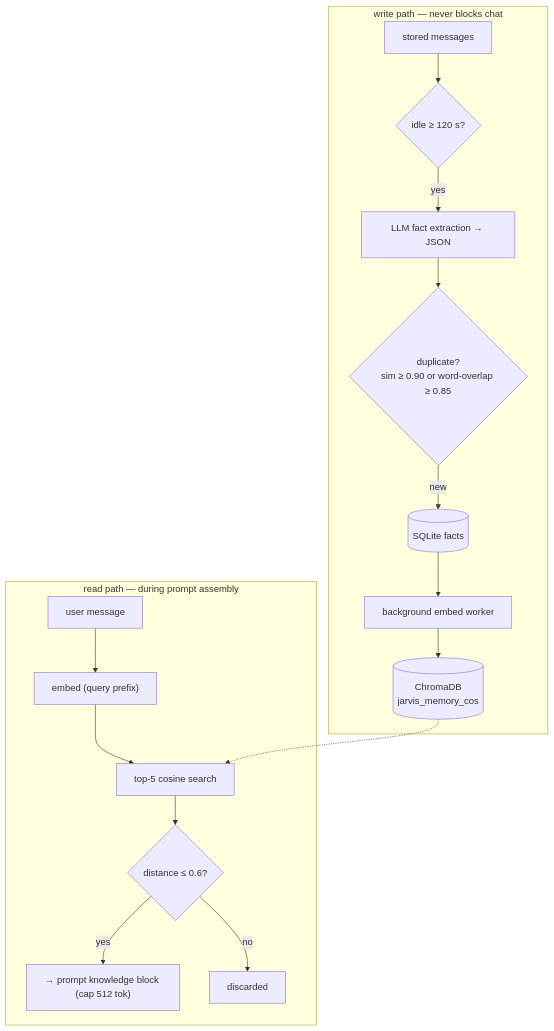
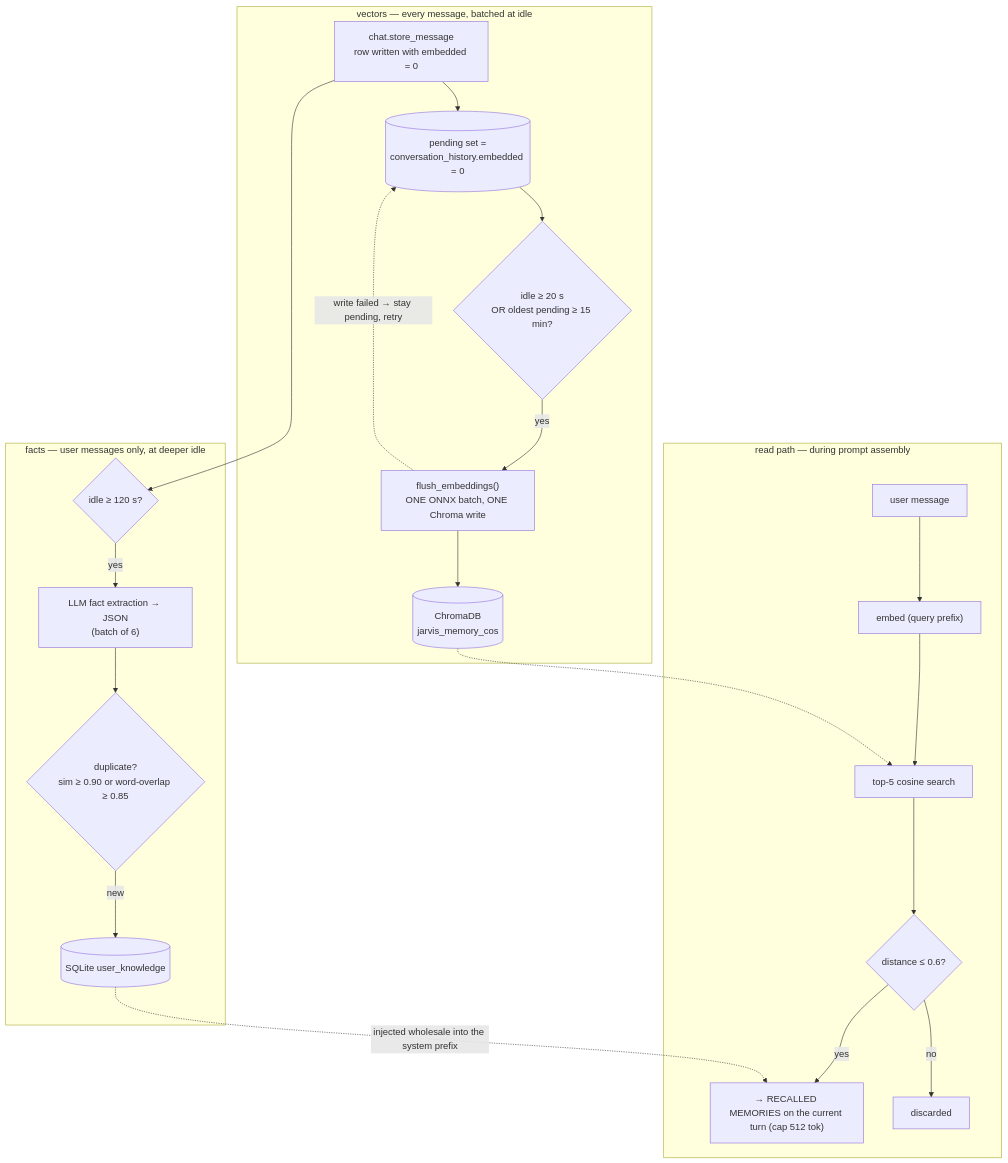
One commit to Ravijangid820/jarvis changed the sixth of 10 diagrams in docs/DIAGRAMS.md. Above: the diagram before and after it, drawn with Mermaid. The commit also changed other lines of this file and 10 other files, not shown here.

````diff
--- a/docs/DIAGRAMS.md
+++ b/docs/DIAGRAMS.md
@@ -147,16 +154,25 @@
 ```mermaid
 flowchart TB
-  subgraph W["write path — never blocks chat"]
-    MSG["stored messages"] --> IDLE{"idle ≥ 120 s?"}
-    IDLE -->|yes| EXT["LLM fact extraction → JSON"]
+  MSG["chat.store_message<br/>row written with embedded = 0"]
+  subgraph W1["vectors — every message, batched at idle"]
+    MSG --> PEND[("pending set =<br/>conversation_history.embedded = 0")]
+    PEND --> GATE{"idle ≥ 20 s<br/>OR oldest pending ≥ 15 min?"}
+    GATE -->|yes| FL["flush_embeddings()<br/>ONE ONNX batch, ONE Chroma write"]
+    FL --> CHR[("ChromaDB<br/>jarvis_memory_cos")]
+    FL -.->|"write failed → stay pending, retry"| PEND
+  end
+  subgraph W2["facts — user messages only, at deeper idle"]
+    MSG --> IDLE{"idle ≥ 120 s?"}
+    IDLE -->|yes| EXT["LLM fact extraction → JSON<br/>(batch of 6)"]
     EXT --> DED{"duplicate?<br/>sim ≥ 0.90 or word-overlap ≥ 0.85"}
-    DED -->|new| SQ[("SQLite facts")] --> BG["background embed worker"] --> CHR[("ChromaDB<br/>jarvis_memory_cos")]
+    DED -->|new| SQ[("SQLite user_knowledge")]
   end
   subgraph R["read path — during prompt assembly"]
     QU["user message"] --> QE["embed (query prefix)"] --> S["top-5 cosine search"]
     S --> F{"distance ≤ 0.6?"}
-    F -->|yes| INJ["→ prompt knowledge block (cap 512 tok)"]
+    F -->|yes| INJ["→ RECALLED MEMORIES on the current turn (cap 512 tok)"]
     F -->|no| DROP["discarded"]
   end
   CHR -.-> S
+  SQ -.->|"injected wholesale into the system prefix"| INJ
 ```
````
